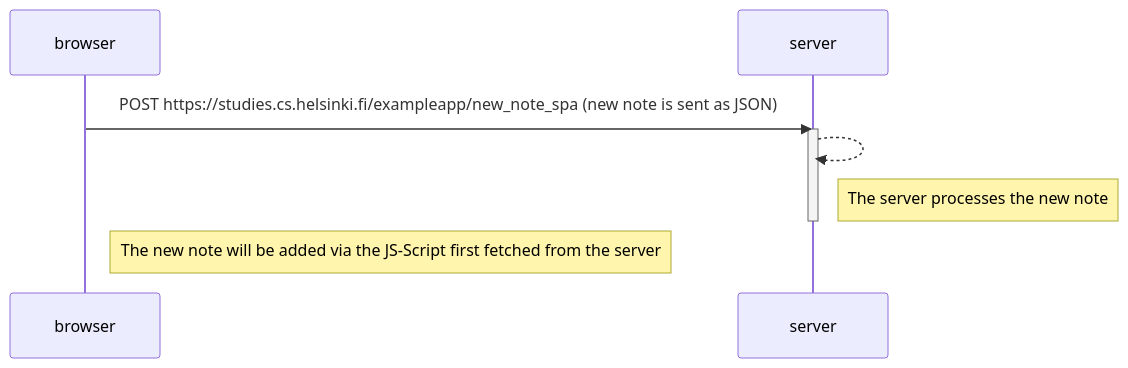
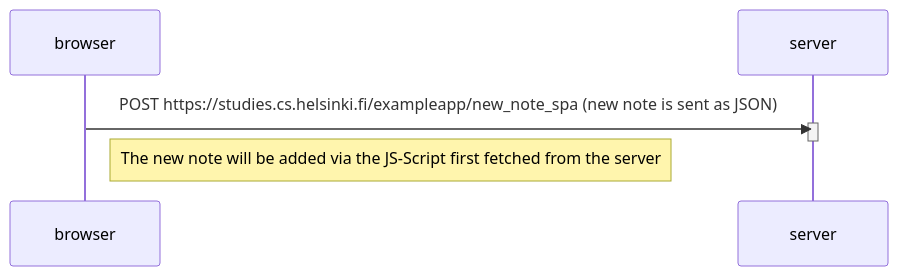
One commit to manurik95/part0 changed the diagram in Exercise0_6.md. Above: the diagram before and after it, drawn with Mermaid.

````diff
--- a/Exercise0_6.md
+++ b/Exercise0_6.md
@@ -4,16 +4,15 @@
 ```mermaid
 sequenceDiagram
     participant browser
     participant server
 
     browser->>server: POST https://studies.cs.helsinki.fi/exampleapp/new_note_spa (new note is sent as JSON)
     activate server
-    server-->>server: 
-    Note right of server: The server processes the new note
+    
     
     deactivate server
 
     
 
     Note right of browser: The new note will be added via the JS-Script first fetched from the server
 ```
````
